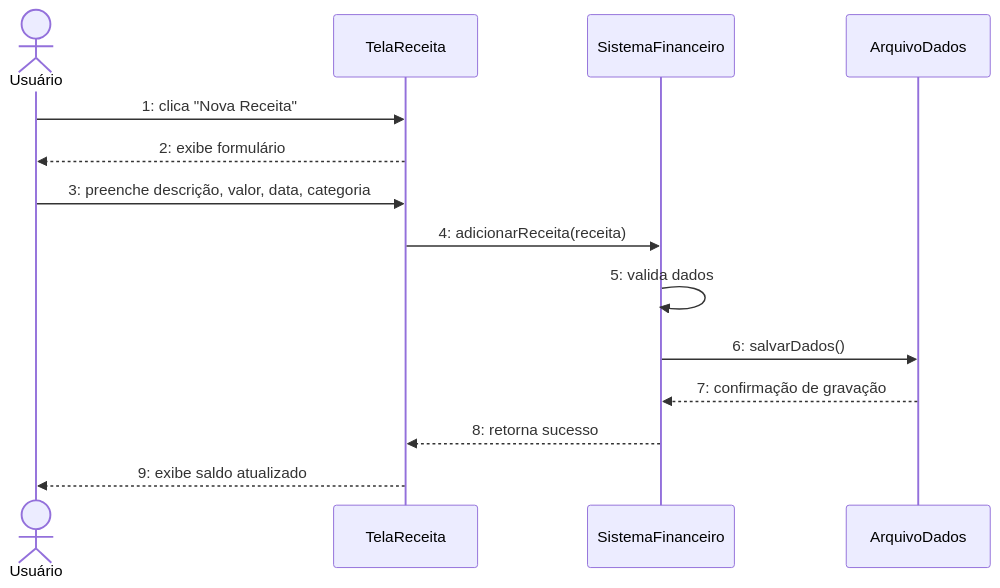
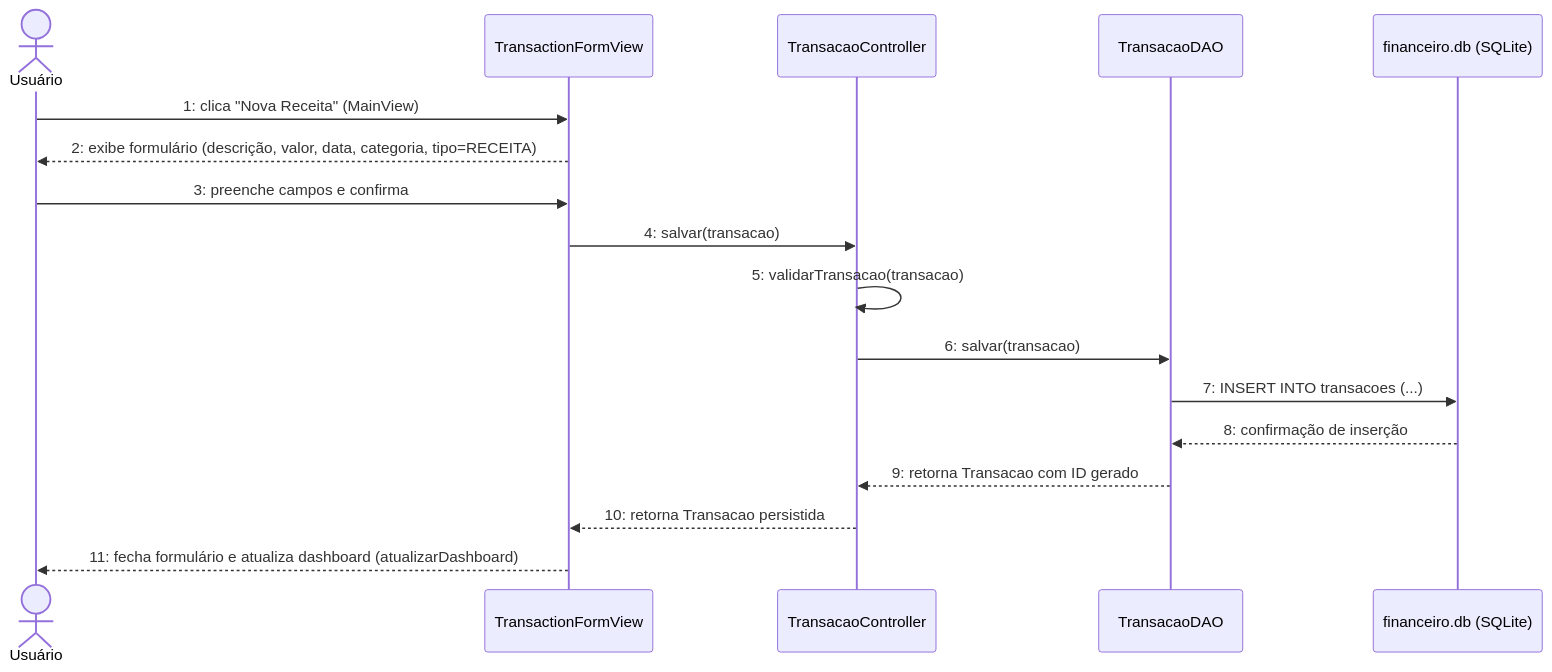
Before and after one commit to NEXA-project-br/NEXA: the first of 7 diagrams in relacionamento/ds.md, drawn with Mermaid. The commit also changed other lines of this file and 4 other files, not shown here.

````diff
--- a/relacionamento/ds.md
+++ b/relacionamento/ds.md
@@ -9,17 +10,20 @@
 ```mermaid
 sequenceDiagram
   actor U as Usuário
-  participant T as TelaReceita
-  participant S as SistemaFinanceiro
-  participant D as ArquivoDados
+  participant V as TransactionFormView
+  participant C as TransacaoController
+  participant D as TransacaoDAO
+  participant DB as financeiro.db (SQLite)
 
-  U->>T: 1: clica "Nova Receita"
-  T-->>U: 2: exibe formulário
-  U->>T: 3: preenche descrição, valor, data, categoria
-  T->>S: 4: adicionarReceita(receita)
-  S->>S: 5: valida dados
-  S->>D: 6: salvarDados()
-  D-->>S: 7: confirmação de gravação
-  S-->>T: 8: retorna sucesso
-  T-->>U: 9: exibe saldo atualizado
+  U->>V: 1: clica "Nova Receita" (MainView)
+  V-->>U: 2: exibe formulário (descrição, valor, data, categoria, tipo=RECEITA)
+  U->>V: 3: preenche campos e confirma
+  V->>C: 4: salvar(transacao)
+  C->>C: 5: validarTransacao(transacao)
+  C->>D: 6: salvar(transacao)
+  D->>DB: 7: INSERT INTO transacoes (...)
+  DB-->>D: 8: confirmação de inserção
+  D-->>C: 9: retorna Transacao com ID gerado
+  C-->>V: 10: retorna Transacao persistida
+  V-->>U: 11: fecha formulário e atualiza dashboard (atualizarDashboard)
 ```
````
